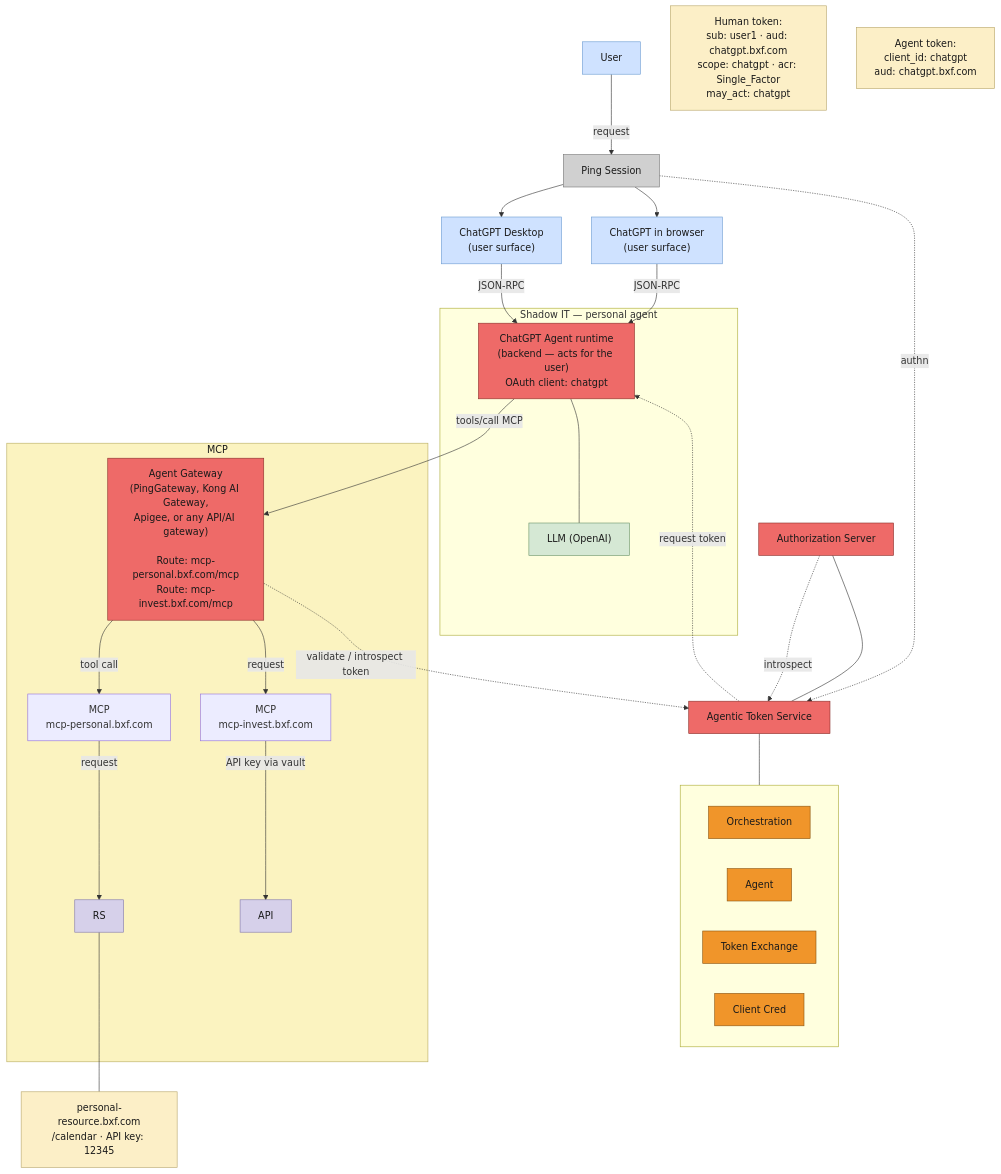
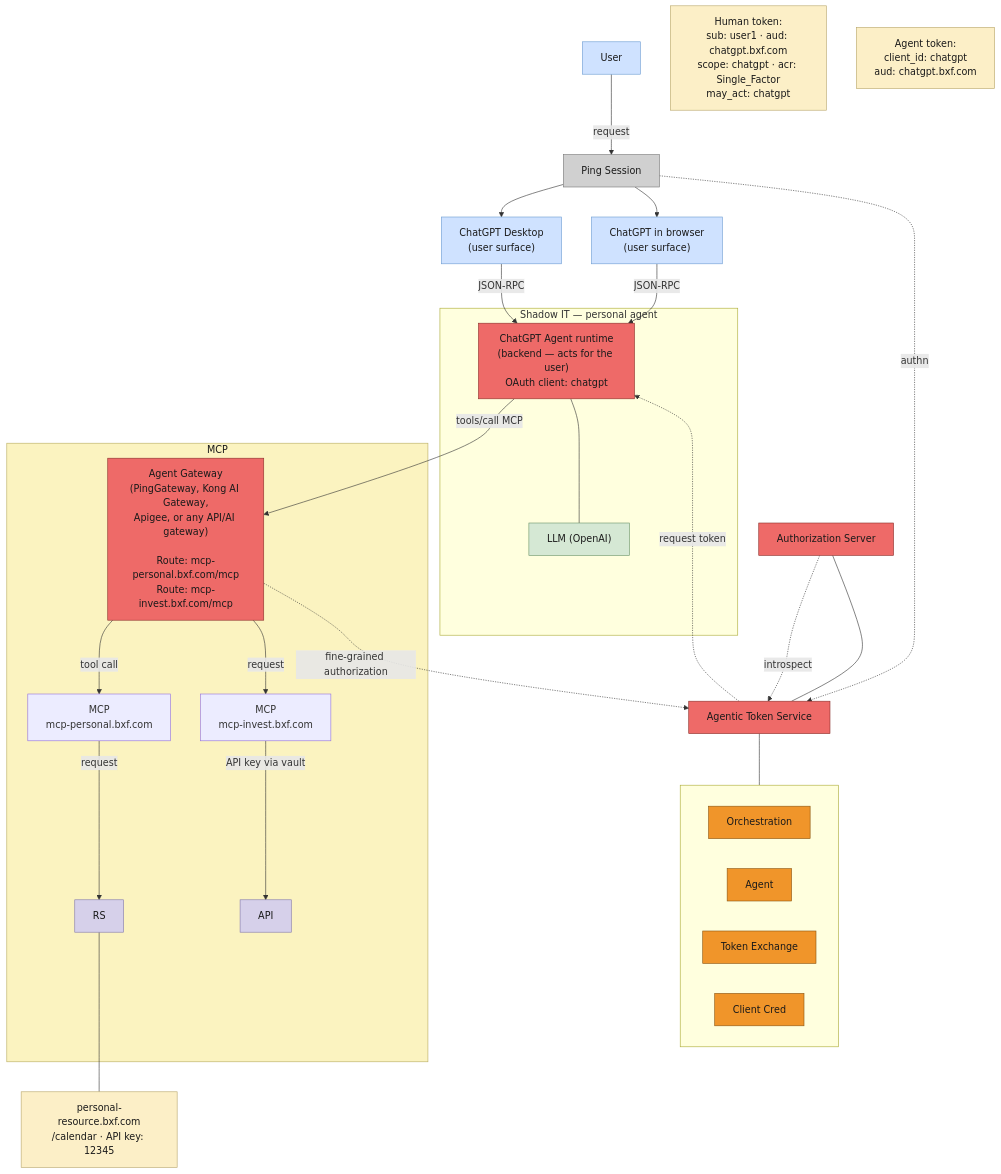
One commit to curtismu7/AI-DEMO2 changed the diagram in docs/diagrams/personal-agent-chatgpt.mmd. Above: the diagram before and after it, drawn with Mermaid. The commit also changed 1 other file, not shown here.

Commit message:
docs(diagrams): gateway call to ATS is fine-grained authorization

```diff
--- a/docs/diagrams/personal-agent-chatgpt.mmd
+++ b/docs/diagrams/personal-agent-chatgpt.mmd
@@ -1,76 +1,76 @@
 %% Personal agent version of "V2 Agent - GW/Authorize" (Lucid page)
 %% ChatGPT is the personal agent — browser + Desktop surfaces, one agent runtime
 flowchart TB
     USER["User"]
     PINGSESS["Ping Session"]
     CHATB["ChatGPT in browser<br/>(user surface)"]
     GPTD["ChatGPT Desktop<br/>(user surface)"]
 
     subgraph SHADOW["Shadow IT — personal agent"]
         AGENT1["ChatGPT Agent runtime<br/>(backend — acts for the user)<br/>OAuth client: chatgpt"]
         LLM["LLM (OpenAI)"]
     end
 
     ATS["Agentic Token Service"]
     subgraph ATSSUB[" "]
         direction LR
         ORCH["Orchestration"]
         AGT["Agent"]
         TXE["Token Exchange"]
         CCRED["Client Cred"]
     end
     AUTHZ["Authorization Server"]
 
     HTOK["Human token:<br/>sub: user1 · aud: chatgpt.bxf.com<br/>scope: chatgpt · acr: Single_Factor<br/>may_act: chatgpt"]
     AGTOK["Agent token:<br/>client_id: chatgpt<br/>aud: chatgpt.bxf.com"]
 
 
     subgraph MCPBOX["MCP"]
         GW["Agent Gateway<br/>(PingGateway, Kong AI Gateway,<br/>Apigee, or any API/AI gateway)<br/><br/>Route: mcp-personal.bxf.com/mcp<br/>Route: mcp-invest.bxf.com/mcp"]
         MCPOLB["MCP<br/>mcp-personal.bxf.com"]
         MCPINV["MCP<br/>mcp-invest.bxf.com"]
         RS["RS"]
         API["API"]
     end
     INVTOK["personal-resource.bxf.com<br/>/calendar · API key: 12345"]
 
 
     USER -->|request| PINGSESS
     PINGSESS --> CHATB
     PINGSESS --> GPTD
     CHATB -->|JSON-RPC| AGENT1
     GPTD -->|JSON-RPC| AGENT1
     AGENT1 --- LLM
     PINGSESS -.->|authn| ATS
     ATS --- ATSSUB
     AUTHZ --- ATS
     AUTHZ -.->|introspect| ATS
     ATS -.->|request token| AGENT1
     AGENT1 -->|tools/call MCP| GW
     GW -->|tool call| MCPOLB
     GW -->|request| MCPINV
-    GW -.->|validate / introspect token| ATS
+    GW -.->|fine-grained authorization| ATS
     MCPOLB -->|request| RS
     MCPINV -->|API key via vault| API
     RS --- INVTOK
 
     classDef red fill:#ee6a68,stroke:#8a2f2a,color:#1a1a1a
     classDef orange fill:#f0952a,stroke:#8a5410,color:#1a1a1a
     classDef cream fill:#fcefc7,stroke:#b8a66a,color:#1a1a1a
     classDef pink fill:#f272c8,stroke:#a12a76,color:#1a1a1a
     classDef yellow fill:#fbf3c0,stroke:#b8ac60,color:#1a1a1a
     classDef blue fill:#cfe2ff,stroke:#6b9bd2,color:#1a1a1a
     classDef green fill:#d5e8d4,stroke:#6a936a,color:#1a1a1a
     classDef dgreen fill:#5cb85c,stroke:#2d6a2d,color:#1a1a1a
     classDef purple fill:#d6d0ea,stroke:#8077ad,color:#1a1a1a
     classDef grey fill:#d0d0d0,stroke:#777777,color:#1a1a1a
 
     class ATS,AUTHZ,GW red
     class ORCH,AGT,TXE,CCRED orange
     class HTOK,AGTOK,INVTOK cream
     class MCPBOX yellow
     class USER,CHATB,GPTD blue
     class RS,API purple
     class AGENT1 red
     class LLM green
     class PINGSESS grey
```
